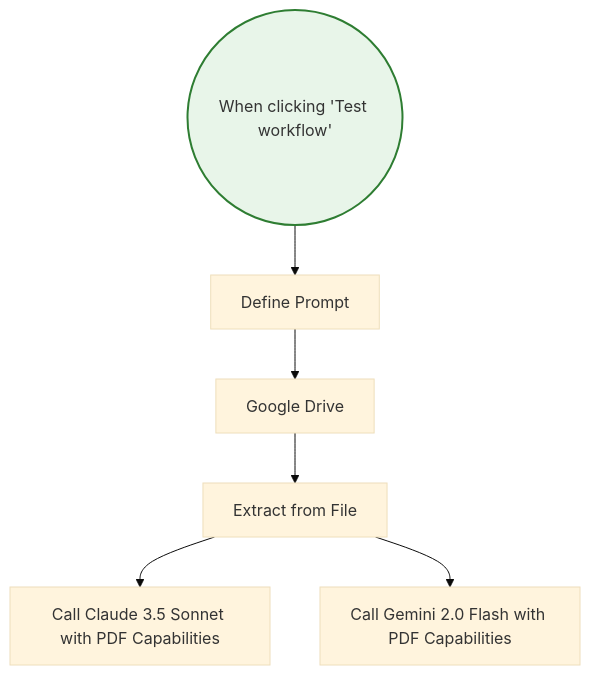
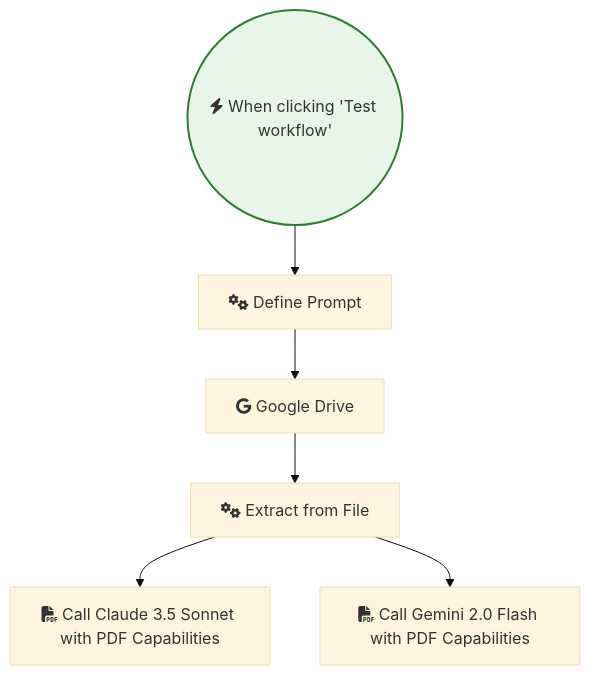
Before and after one commit to sreyash3105/N8N-DEMO-AUTOMATIONS: the diagram in PDF_and_Document_Processing/Extract and process information directly from PDF using Claude and Gemini.md, drawn with Mermaid (base theme). The commit also changed 291 other files, not shown here.

````diff
--- a/PDF_and_Document_Processing/Extract and process information directly from PDF using Claude and Gemini.md
+++ b/PDF_and_Document_Processing/Extract and process information directly from PDF using Claude and Gemini.md
@@ -1,19 +1,19 @@
 ```mermaid
 graph TD
     classDef trigger fill:#e8f5e9,stroke:#2e7d32,stroke-width:2px;
     classDef ai fill:#e3f2fd,stroke:#1565c0,stroke-width:2px;
     classDef logic fill:#fff3e0,stroke:#ef6c00,stroke-width:2px;
 
-    When_clicking__Test_workflow_(("When clicking 'Test workflow'")):::trigger
-    Extract_from_File["Extract from File"]
-    Google_Drive["Google Drive"]
-    Call_Gemini_2_0_Flash_with_PDF_Capabilities["Call Gemini 2.0 Flash with PDF Capabilities"]
-    Call_Claude_3_5_Sonnet_with_PDF_Capabilities["Call Claude 3.5 Sonnet with PDF Capabilities"]
-    Define_Prompt["Define Prompt"]
+    When_clicking__Test_workflow_(("fas:fa-bolt When clicking 'Test workflow'")):::trigger
+    Extract_from_File["fas:fa-cogs Extract from File"]
+    Google_Drive["fab:fa-google Google Drive"]
+    Call_Gemini_2_0_Flash_with_PDF_Capabilities["fas:fa-file-pdf Call Gemini 2.0 Flash with PDF Capabilities"]
+    Call_Claude_3_5_Sonnet_with_PDF_Capabilities["fas:fa-file-pdf Call Claude 3.5 Sonnet with PDF Capabilities"]
+    Define_Prompt["fas:fa-cogs Define Prompt"]
 
     Google_Drive --> Extract_from_File
     Define_Prompt --> Google_Drive
     Extract_from_File --> Call_Claude_3_5_Sonnet_with_PDF_Capabilities
     Extract_from_File --> Call_Gemini_2_0_Flash_with_PDF_Capabilities
     When_clicking__Test_workflow_ --> Define_Prompt
 ```
````
